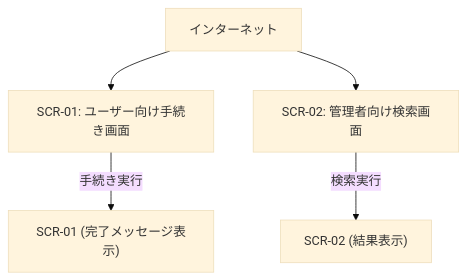
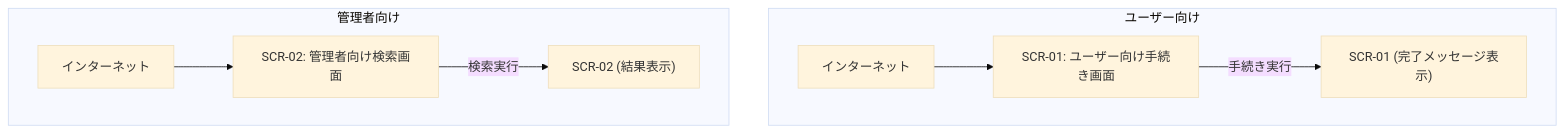
One commit to hatsumi3/TIL changed the third of 3 diagrams in tech-memo/ai-document/2-uc.md. Above: the diagram before and after it, drawn with Mermaid (base theme). The commit also changed other lines of this file, not shown here.

````diff
--- a/tech-memo/ai-document/2-uc.md
+++ b/tech-memo/ai-document/2-uc.md
@@ -167,7 +206,11 @@
 ```mermaid
 graph TD
-    A[インターネット] --> B[SCR-01: ユーザー向け手続き画面]
-    B -- 手続き実行 --> C["SCR-01 (完了メッセージ表示)"]
-    A --> D[SCR-02: 管理者向け検索画面]
-    D -- 検索実行 --> E["SCR-02 (結果表示)"]
+    subgraph "ユーザー向け"
+        A[インターネット] --> B[SCR-01: ユーザー向け手続き画面]
+        B -- 手続き実行 --> C["SCR-01 (完了メッセージ表示)"]
+    end
+    subgraph "管理者向け"
+        D[インターネット] --> E[SCR-02: 管理者向け検索画面]
+        E -- 検索実行 --> F["SCR-02 (結果表示)"]
+    end
 ```
````
